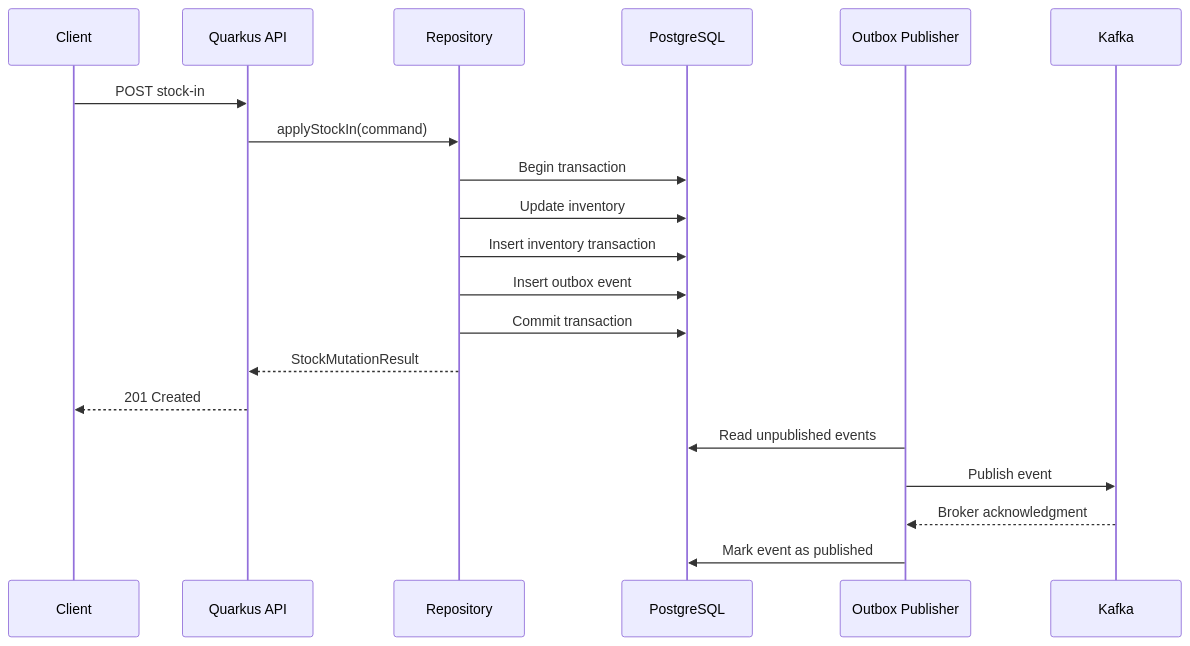
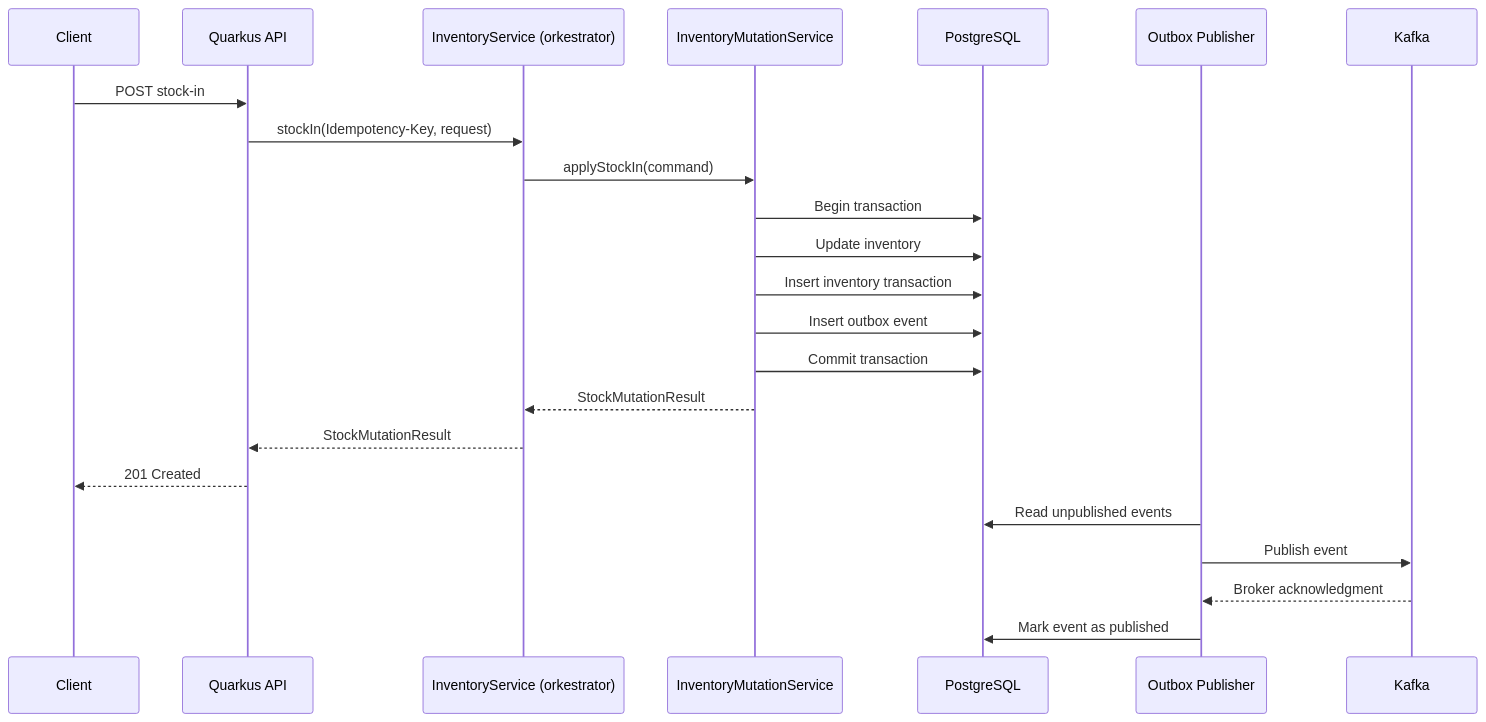
Before and after one commit to nvafandi/StockFlow: diagram 11 of 11 in docs/stockflow-design.md, drawn with Mermaid. The commit also changed other lines of this file and 122 other files, not shown here.

````diff
--- a/docs/stockflow-design.md
+++ b/docs/stockflow-design.md
@@ -3321,23 +3355,26 @@
 ```mermaid
 sequenceDiagram
 participant C as Client
 participant API as Quarkus API
-participant R as Repository
+participant S as InventoryService (orkestrator)
+participant M as InventoryMutationService
 participant DB as PostgreSQL
 participant OB as Outbox Publisher
 participant K as Kafka
 
 C->>API: POST stock-in
-API->>R: applyStockIn(command)
-R->>DB: Begin transaction
-R->>DB: Update inventory
-R->>DB: Insert inventory transaction
-R->>DB: Insert outbox event
-R->>DB: Commit transaction
-R-->>API: StockMutationResult
+API->>S: stockIn(Idempotency-Key, request)
+S->>M: applyStockIn(command)
+M->>DB: Begin transaction
+M->>DB: Update inventory
+M->>DB: Insert inventory transaction
+M->>DB: Insert outbox event
+M->>DB: Commit transaction
+M-->>S: StockMutationResult
+S-->>API: StockMutationResult
 API-->>C: 201 Created
 OB->>DB: Read unpublished events
 OB->>K: Publish event
 K-->>OB: Broker acknowledgment
 OB->>DB: Mark event as published
 ```
````
